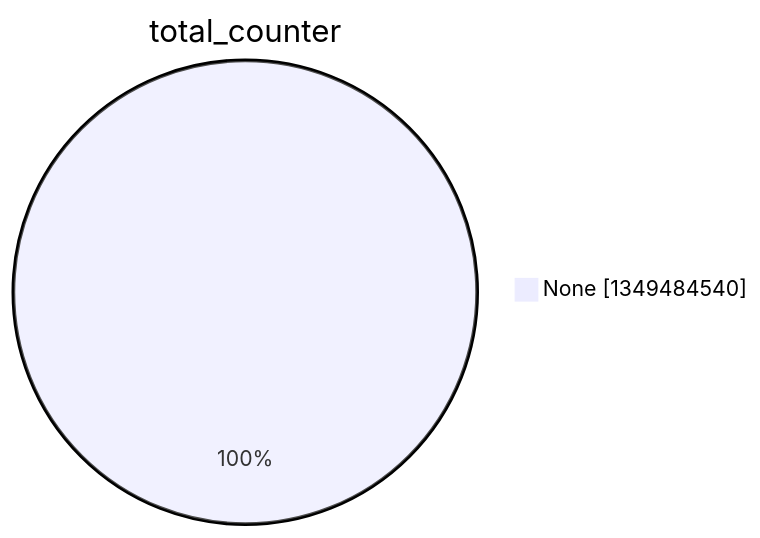
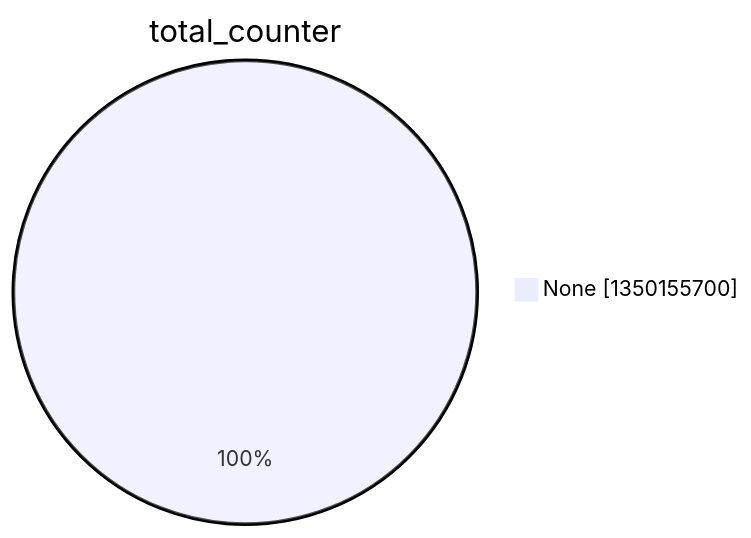
One commit to christiankrug/ctmonitor_visualization changed the second of 15 diagrams in argon2022/README.md. Above: the diagram before and after it, drawn with Mermaid. The commit also changed other lines of this file, not shown here.

````diff
--- a/argon2022/README.md
+++ b/argon2022/README.md
@@ -9,5 +9,5 @@
 ```mermaid
 pie showData
 title total_counter
-"None" :1349484540
+"None" :1350155700
 ```
````
